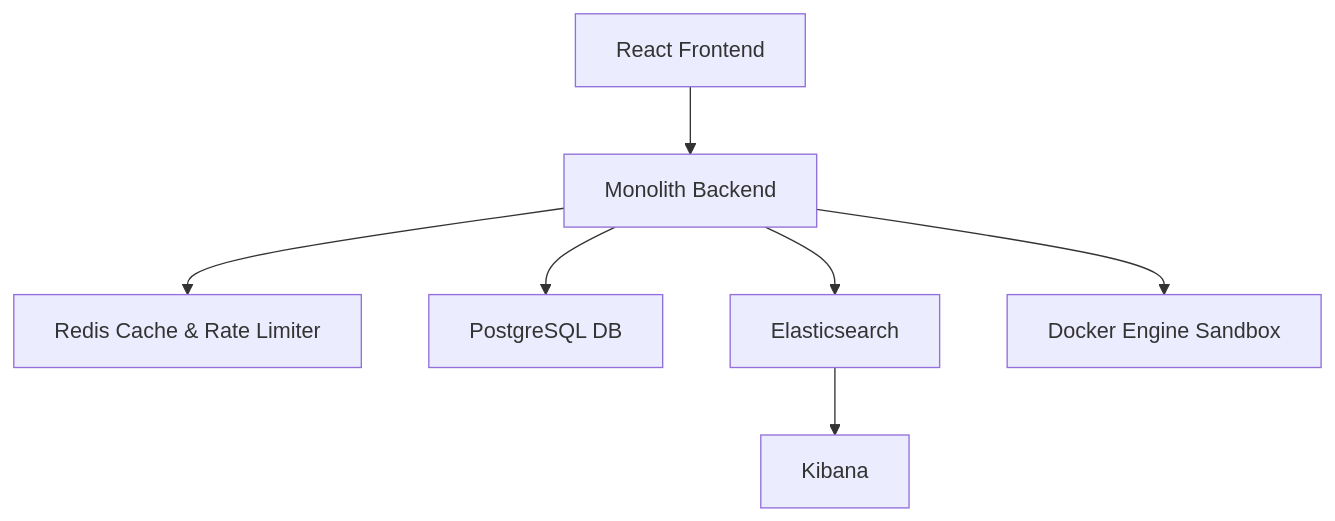
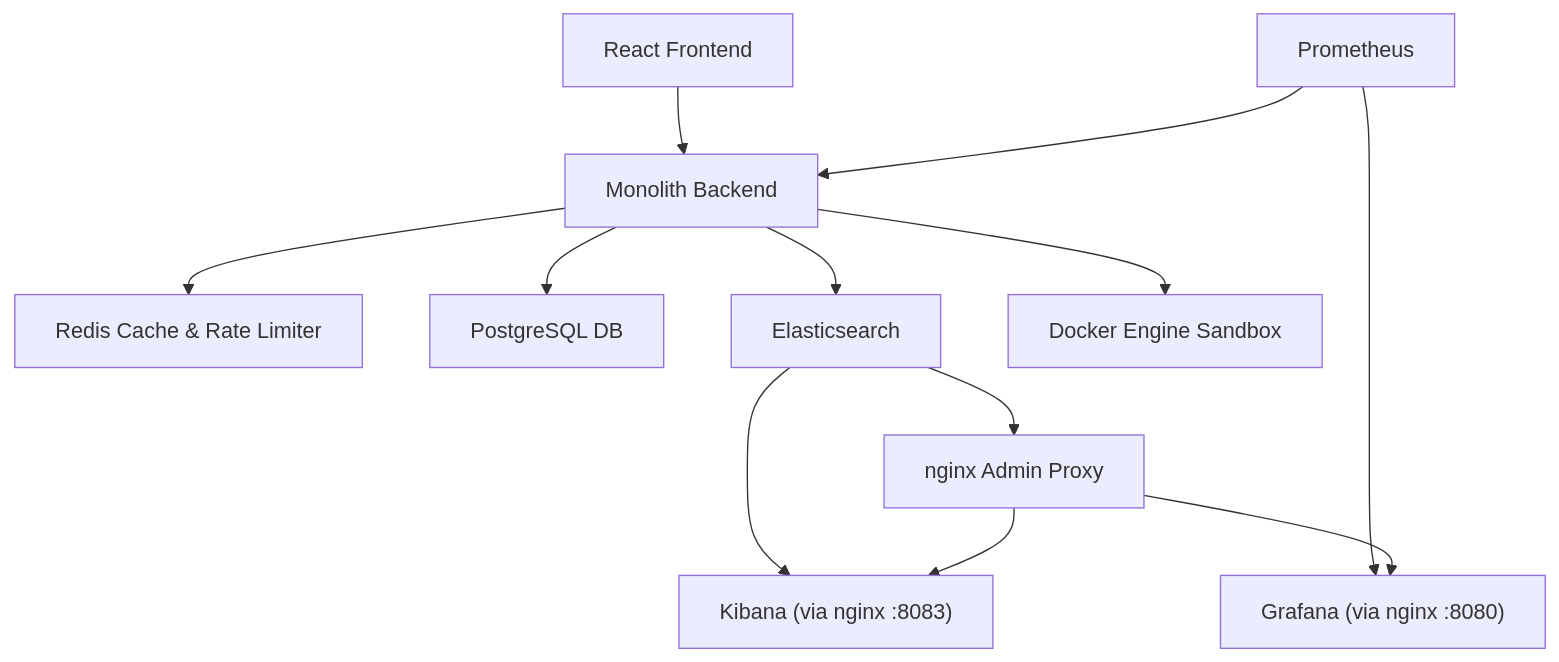
One commit to 123suraj-sky/DevOps-Suite changed the second of 5 diagrams in docs/02-architecture-hld.md. Above: the diagram before and after it, drawn with Mermaid. The commit also changed other lines of this file and 11 other files, not shown here.

````diff
--- a/docs/02-architecture-hld.md
+++ b/docs/02-architecture-hld.md
@@ -16,17 +16,25 @@
 ```mermaid
 flowchart TB
     FE[React Frontend]
     MONO[Monolith Backend]
     REDIS[Redis Cache & Rate Limiter]
     PG[PostgreSQL DB]
     ES[Elasticsearch]
-    KIB[Kibana]
+    KIB["Kibana (via nginx :8083)"]
     DOCKER[Docker Engine Sandbox]
+    PROM[Prometheus]
+    GRAF["Grafana (via nginx :8080)"]
+    NGINX[nginx Admin Proxy]
 
     FE --> MONO
     MONO --> REDIS
     MONO --> PG
     MONO --> DOCKER
     MONO --> ES
     ES --> KIB
+    ES --> NGINX
+    PROM --> MONO
+    PROM --> GRAF
+    NGINX --> GRAF
+    NGINX --> KIB
 ```
````
